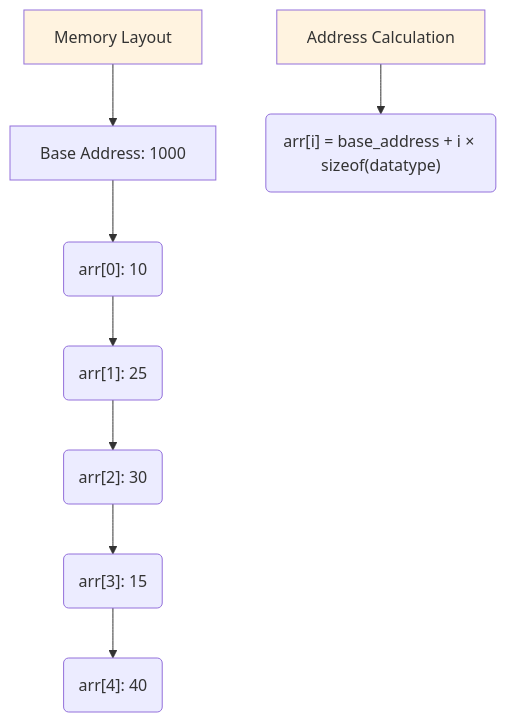
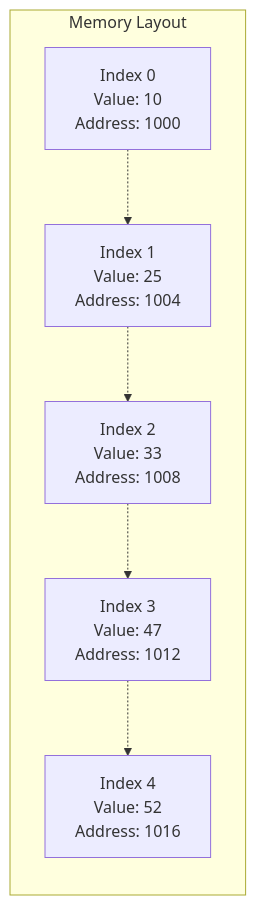
Before and after one commit to khieu-dv/vievlog: the first of 2 diagrams in src/content/soft-skills/dsa/bai-3.mdx, drawn with Mermaid. The commit also changed other lines of this file and 8 other files, not shown here.

````diff
--- a/src/content/soft-skills/dsa/bai-3.mdx
+++ b/src/content/soft-skills/dsa/bai-3.mdx
@@ -57,14 +37,11 @@
 ```mermaid
-flowchart TD
-    A[Memory Layout] --> B[Base Address: 1000]
-    B --> C("arr[0]: 10")
-    C --> D("arr[1]: 25")
-    D --> E("arr[2]: 30")
-    E --> F("arr[3]: 15")
-    F --> G("arr[4]: 40")
-
-    H[Address Calculation] --> I("arr[i] = base_address + i × sizeof(datatype)")
-
-    style A fill:#fff3e0
-    style H fill:#fff3e0
+graph LR
+    subgraph "Memory Layout"
+        A[Index 0<br/>Value: 10<br/>Address: 1000] 
+        B[Index 1<br/>Value: 25<br/>Address: 1004]
+        C[Index 2<br/>Value: 33<br/>Address: 1008] 
+        D[Index 3<br/>Value: 47<br/>Address: 1012]
+        E[Index 4<br/>Value: 52<br/>Address: 1016]
+    end
+    A -.-> B -.-> C -.-> D -.-> E
 ```
````
